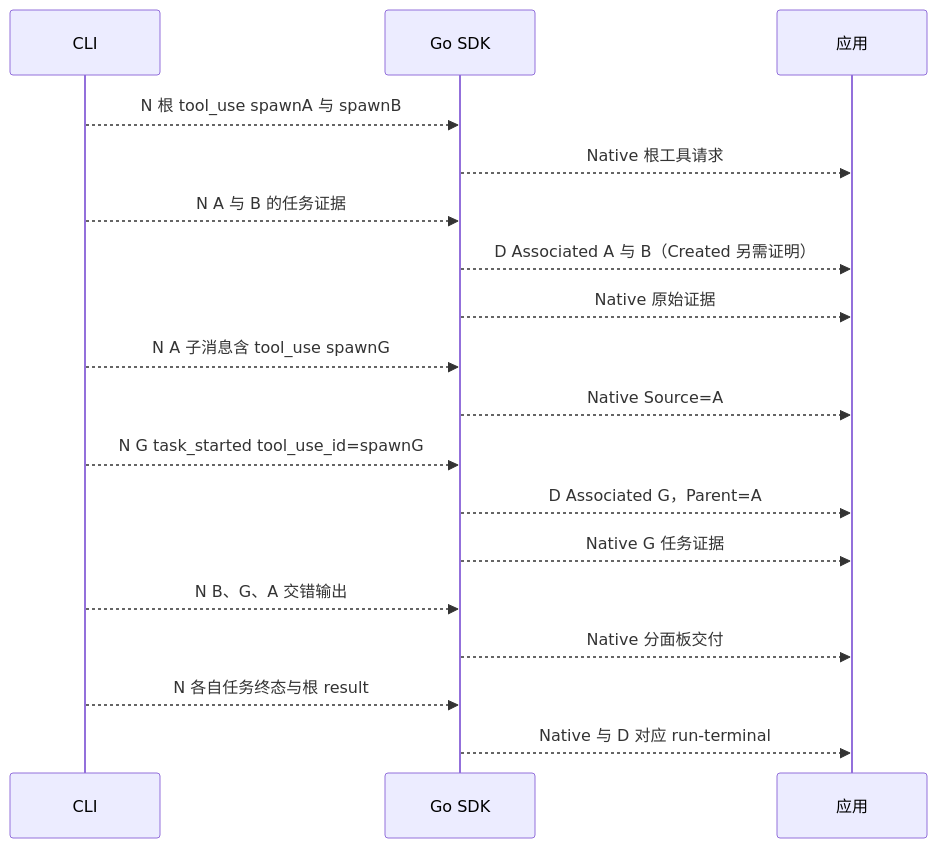
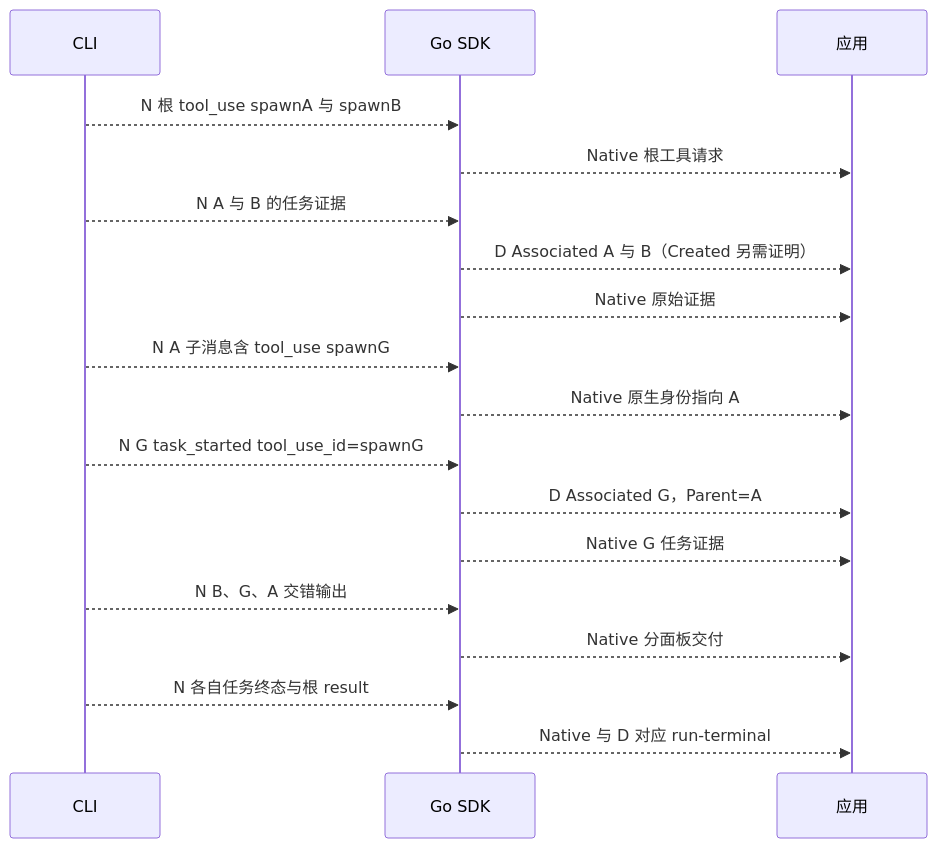
Before and after one commit to zoumo/agent-sdk-go: the fifth of 9 diagrams in docs/event-sequences.md, drawn with Mermaid. The commit also changed other lines of this file and 25 other files, not shown here.

````diff
--- a/docs/event-sequences.md
+++ b/docs/event-sequences.md
@@ -155,20 +159,20 @@
 ```mermaid
 sequenceDiagram
     participant C as CLI
     participant G as Go SDK
     participant A as 应用
     C-->>G: N 根 tool_use spawnA 与 spawnB
     G-->>A: Native 根工具请求
     C-->>G: N A 与 B 的任务证据
     G-->>A: D Associated A 与 B（Created 另需证明）
     G-->>A: Native 原始证据
     C-->>G: N A 子消息含 tool_use spawnG
-    G-->>A: Native Source=A
+    G-->>A: Native 原生身份指向 A
     C-->>G: N G task_started tool_use_id=spawnG
     G-->>A: D Associated G，Parent=A
     G-->>A: Native G 任务证据
     C-->>G: N B、G、A 交错输出
     G-->>A: Native 分面板交付
     C-->>G: N 各自任务终态与根 result
     G-->>A: Native 与 D 对应 run-terminal
 ```
````
